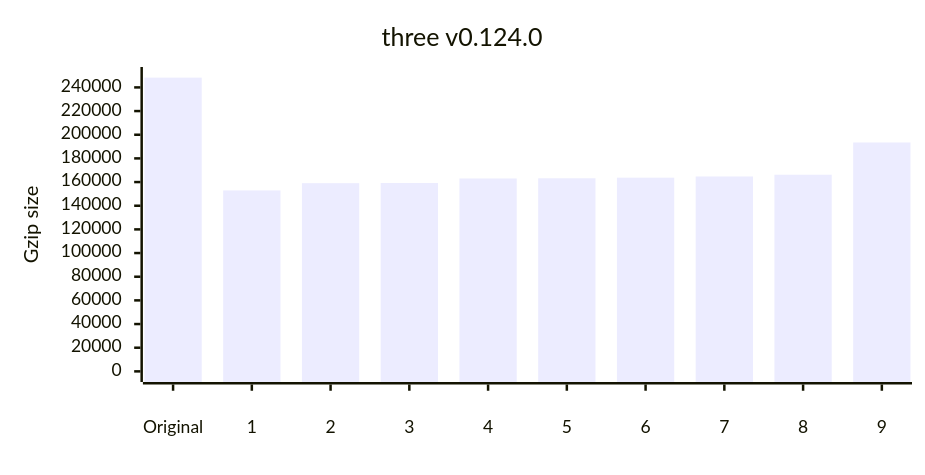
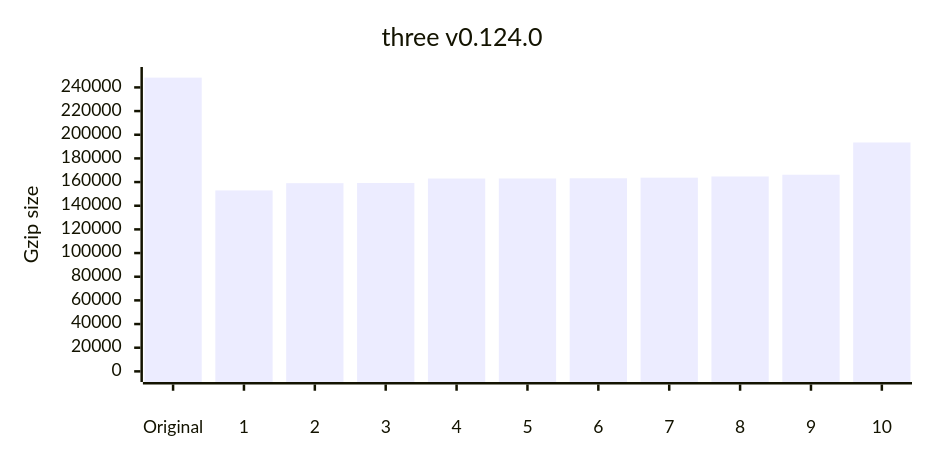
The eighth of 12 diagrams in README.md (privatenumber/minification-benchmarks), drawn with Mermaid before and after one commit. The commit also changed other lines of this file and 1 other file, not shown here.

````diff
--- a/README.md
+++ b/README.md
@@ -371,17 +371,17 @@
 ```mermaid
 ---
 config:
     xyChart:
         width: 720
         height: 360
         xAxis:
             labelPadding: 20
         yAxis:
             labelPadding: 10
 ---
 xychart-beta
 	title "three v0.124.0"
-	x-axis ["Original",1,2,3,4,5,6,7,8,9]
+	x-axis ["Original",1,2,3,4,5,6,7,8,9,10]
 	y-axis "Gzip size" 0 --> 248267
-	bar [248267,152926,159071,159198,163036,163198,163725,164737,166210,193471]
+	bar [248267,152926,159071,159198,162998,163036,163198,163725,164737,166210,193471]
 ```
````
